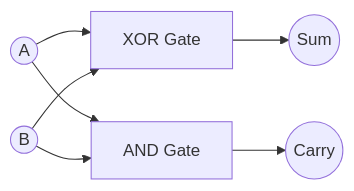
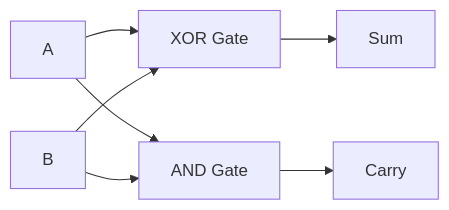
Before and after one commit to garbage38/Verilog-Digital-Design: the second of 2 diagrams in README.md, drawn with Mermaid. The commit also changed other lines of this file, not shown here.

````diff
--- a/README.md
+++ b/README.md
@@ -112,9 +66,9 @@
 ```mermaid
 flowchart LR
-    A((A)) --> XOR[XOR Gate]
-    B((B)) --> XOR
+    A[A] --> XOR[XOR Gate]
+    B[B] --> XOR
     A --> AND[AND Gate]
     B --> AND
-    XOR --> SUM((Sum))
-    AND --> CARRY((Carry))
+    XOR --> SUM[Sum]
+    AND --> CARRY[Carry]
 ```
````
